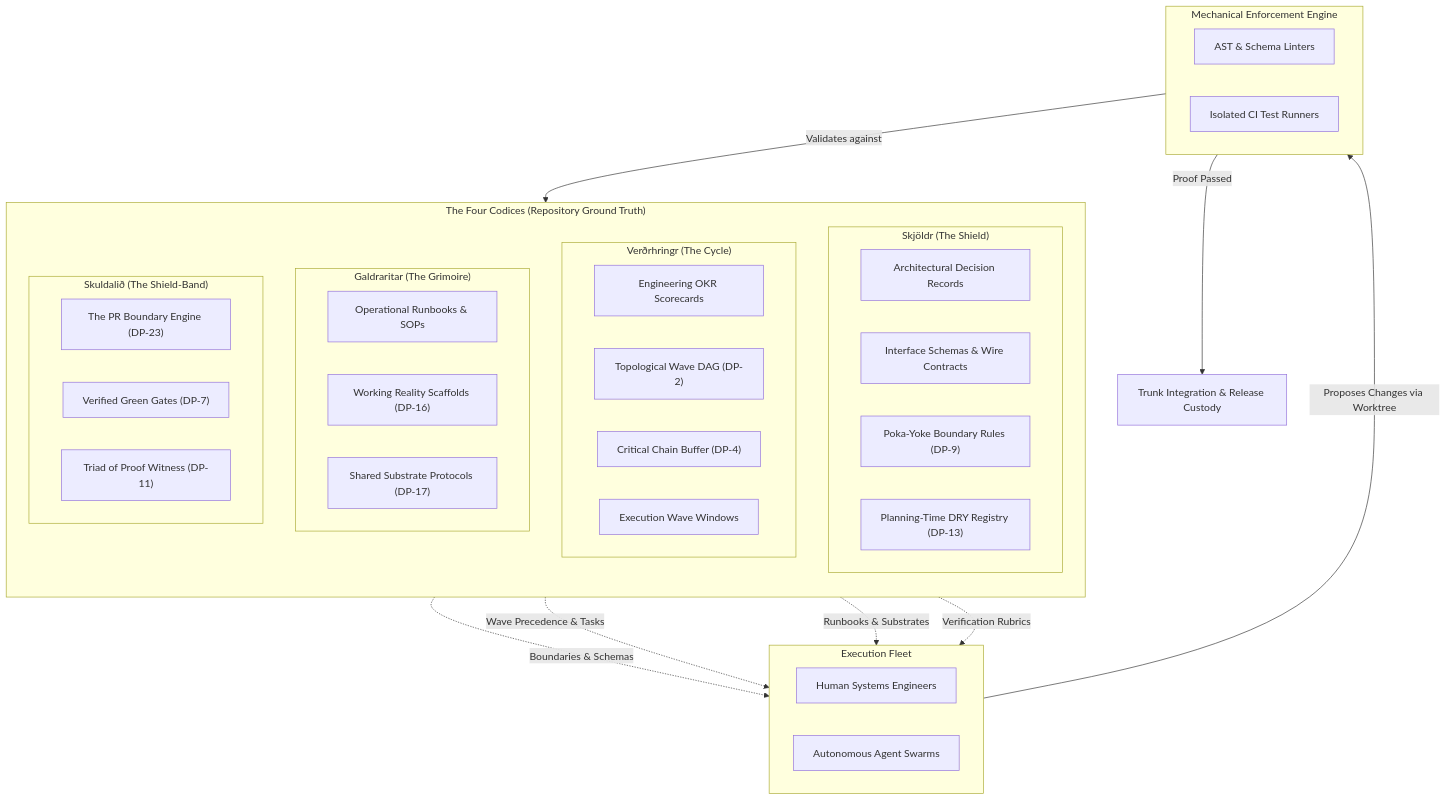
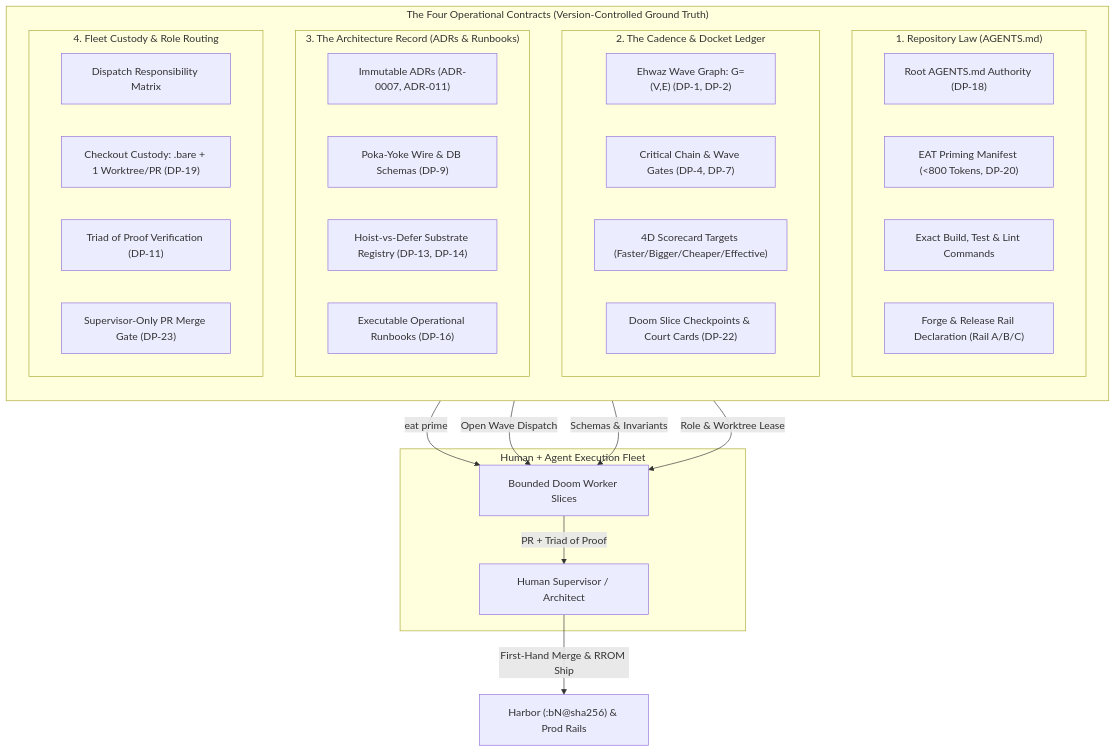
Before and after one commit to nwalker85/rdom-method: the diagram in docs/chapters/05-the-four-codices.md, drawn with Mermaid. The commit also changed other lines of this file and 29 other files, not shown here.

````diff
--- a/docs/chapters/05-the-four-codices.md
+++ b/docs/chapters/05-the-four-codices.md
@@ -43,50 +42,45 @@
 ```mermaid
 flowchart TD
-    subgraph Codices["The Four Codices (Repository Ground Truth)"]
+    subgraph Contracts["The Four Operational Contracts (Version-Controlled Ground Truth)"]
         direction TB
-        subgraph S1["Skjöldr (The Shield)"]
-            S_ADR["Architectural Decision Records"]
-            S_Schema["Interface Schemas & Wire Contracts"]
-            S_Bound["Poka-Yoke Boundary Rules (DP-9)"]
-            S_DRY["Planning-Time DRY Registry (DP-13)"]
+        subgraph C1["1. Repository Law (AGENTS.md)"]
+            L_Root["Root AGENTS.md Authority (DP-18)"]
+            L_EAT["EAT Priming Manifest (<800 Tokens, DP-20)"]
+            L_Cmd["Exact Build, Test & Lint Commands"]
+            L_Rail["Forge & Release Rail Declaration (Rail A/B/C)"]
         end
 
-        subgraph S2["Verðrhringr (The Cycle)"]
-            V_OKR["Engineering OKR Scorecards"]
-            V_DAG["Topological Wave DAG (DP-2)"]
-            V_Crit["Critical Chain Buffer (DP-4)"]
-            V_Cap["Execution Wave Windows"]
+        subgraph C2["2. The Cadence & Docket Ledger"]
+            D_DAG["Ehwaz Wave Graph: G=(V,E) (DP-1, DP-2)"]
+            D_Crit["Critical Chain & Wave Gates (DP-4, DP-7)"]
+            D_Score["4D Scorecard Targets (Faster/Bigger/Cheaper/Effective)"]
+            D_Doom["Doom Slice Checkpoints & Court Cards (DP-22)"]
         end
 
-        subgraph S3["Galdraritar (The Grimoire)"]
-            G_SOP["Operational Runbooks & SOPs"]
-            G_Scaff["Working Reality Scaffolds (DP-16)"]
-            G_Sub["Shared Substrate Protocols (DP-17)"]
+        subgraph C3["3. The Architecture Record (ADRs & Runbooks)"]
+            A_ADR["Immutable ADRs (ADR-0007, ADR-011)"]
+            A_Schema["Poka-Yoke Wire & DB Schemas (DP-9)"]
+            A_DRY["Hoist-vs-Defer Substrate Registry (DP-13, DP-14)"]
+            A_Run["Executable Operational Runbooks (DP-16)"]
         end
 
-        subgraph S4["Skuldalið (The Shield-Band)"]
-            K_PR["The PR Boundary Engine (DP-23)"]
-            K_Green["Verified Green Gates (DP-7)"]
-            K_Triad["Triad of Proof Witness (DP-11)"]
+        subgraph C4["4. Fleet Custody & Role Routing"]
+            F_Disp["Dispatch Responsibility Matrix"]
+            F_Bare["Checkout Custody: .bare + 1 Worktree/PR (DP-19)"]
+            F_Triad["Triad of Proof Verification (DP-11)"]
+            F_Gate["Supervisor-Only PR Merge Gate (DP-23)"]
         end
     end
 
-    subgraph Actors["Execution Fleet"]
-        Eng["Human Systems Engineers"]
-        Swarm["Autonomous Agent Swarms"]
+    subgraph Fleet["Human + Agent Execution Fleet"]
+        Sup["Human Supervisor / Architect"]
+        Slice["Bounded Doom Worker Slices"]
     end
 
-    subgraph CI["Mechanical Enforcement Engine"]
-        Linter["AST & Schema Linters"]
-        Runner["Isolated CI Test Runners"]
-    end
-
-    S1 -. "Boundaries & Schemas" .-> Actors
-    S2 -. "Wave Precedence & Tasks" .-> Actors
-    S3 -. "Runbooks & Substrates" .-> Actors
-    S4 -. "Verification Rubrics" .-> Actors
-
-    Actors -- "Proposes Changes via Worktree" --> CI
-    CI -- "Validates against" --> Codices
-    CI -- "Proof Passed" --> Promotion["Trunk Integration & Release Custody"]
+    C1 -->|"eat prime <repo>"| Slice
+    C2 -->|"Open Wave Dispatch"| Slice
+    C3 -->|"Schemas & Invariants"| Slice
+    C4 -->|"Role & Worktree Lease"| Slice
+    Slice -->|"PR + Triad of Proof"| Sup
+    Sup -->|"First-Hand Merge & RROM Ship"| Promotion["Harbor (:bN@sha256) & Prod Rails"]
 ```
````
